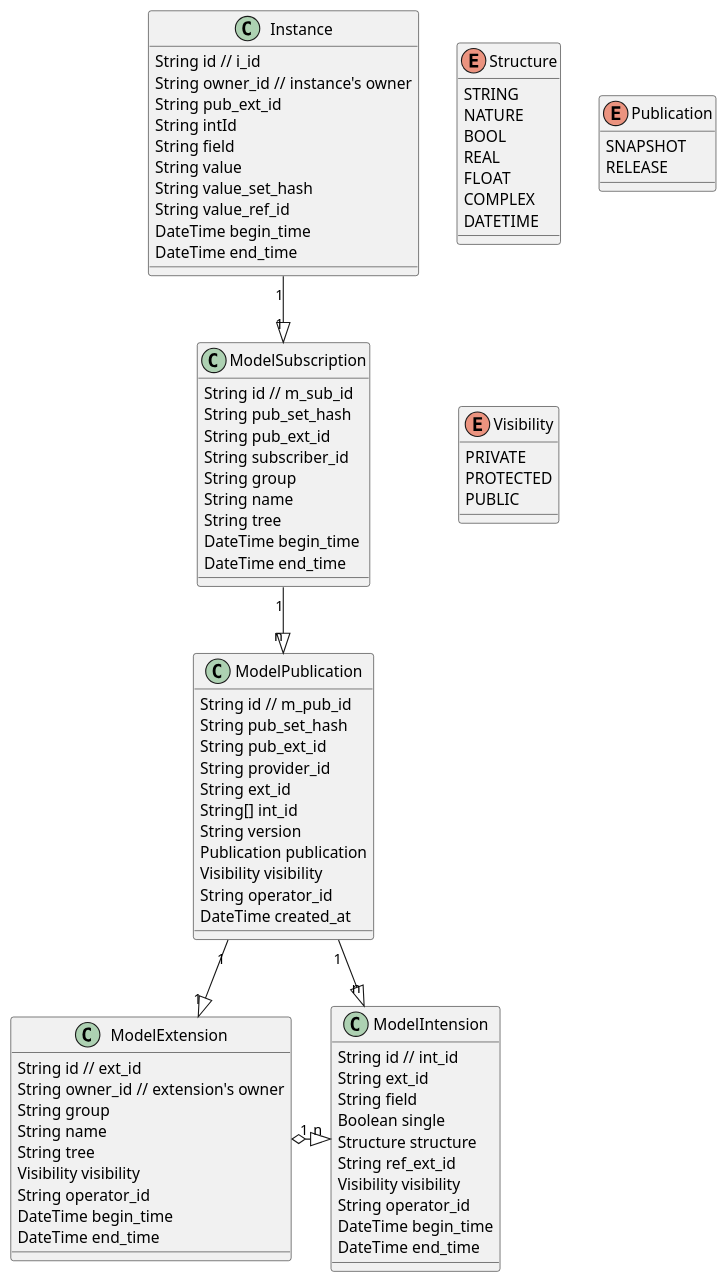
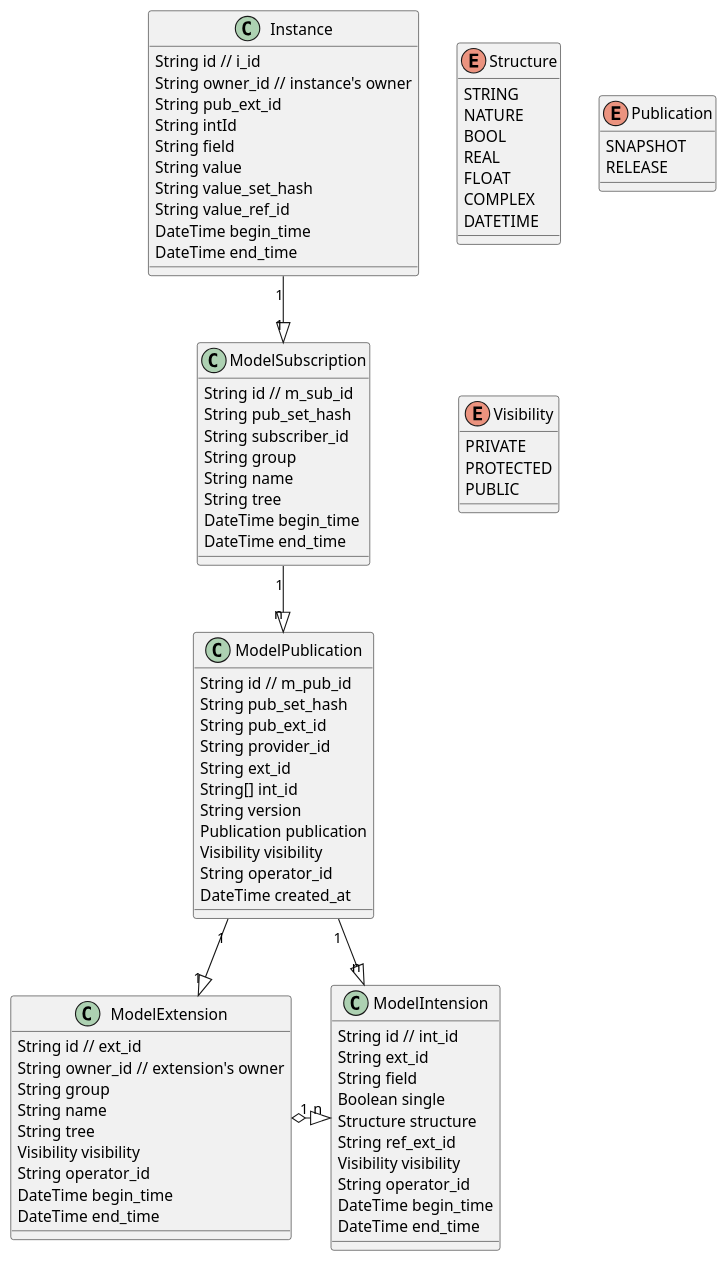
The diagram in metamate.puml (SINeWang/kiimate), drawn with PlantUML before and after one commit. The commit also changed 4 other files, not shown here.

Commit message:
delete pub_ext_id from mm_m_sub

```diff
--- a/metamate.puml
+++ b/metamate.puml
@@ -1,110 +1,109 @@
 @startuml
 
 
 ModelSubscription "1" --|>  "n" ModelPublication
 
 ModelPublication "1" --|>  "1" ModelExtension
 ModelPublication "1" --|>  "n" ModelIntension
 
 Instance "1" --|>  "1" ModelSubscription
 
 'Instance "1" --|>  "n" InstanceTag
 
 
 ModelExtension "1" o--right--|> "n" ModelIntension
 
 class ModelExtension {
     String id // ext_id
     String owner_id // extension's owner
     String group
     String name
     String tree
     Visibility visibility
     String operator_id
     DateTime begin_time
     DateTime end_time
 }
 
 class ModelIntension {
     String id // int_id
     String ext_id
     String field
     Boolean single
     Structure structure
     String ref_ext_id
     Visibility visibility
     String operator_id
     DateTime begin_time
     DateTime end_time
 }
 
 class ModelPublication {
     String id // m_pub_id
     String pub_set_hash
     String pub_ext_id
     String provider_id
     String ext_id
     String[] int_id
     String version
     Publication publication
     Visibility visibility
     String operator_id
     DateTime created_at
 }
 
 class ModelSubscription {
     String id // m_sub_id
     String pub_set_hash
-    String pub_ext_id
     String subscriber_id
     String group
     String name
     String tree
     DateTime begin_time
     DateTime end_time
 }
 
 enum Structure {
     STRING
     NATURE
     BOOL
     REAL
     FLOAT
     COMPLEX
     DATETIME
 }
 
 enum Publication {
     SNAPSHOT
     RELEASE
 }
 
 enum Visibility {
     PRIVATE
     PROTECTED
     PUBLIC
 }
 
 class Instance {
     String id // i_id
     String owner_id // instance's owner
     String pub_ext_id
     String intId
     String field
     String value
     String value_set_hash
     String value_ref_id
     DateTime begin_time
     DateTime end_time
 }
 
 'class InstanceTag {
 '    String id // i_tag_id
 '    String owner_id // instance's owner
 '    String[] i_id
 '    Publication publication
 '    DateTime created_at
 '    Visibility visibility
 '}
 
 @enduml
```
